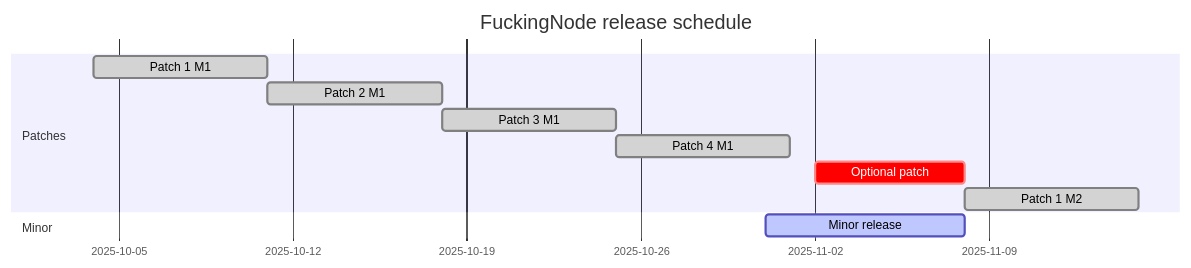
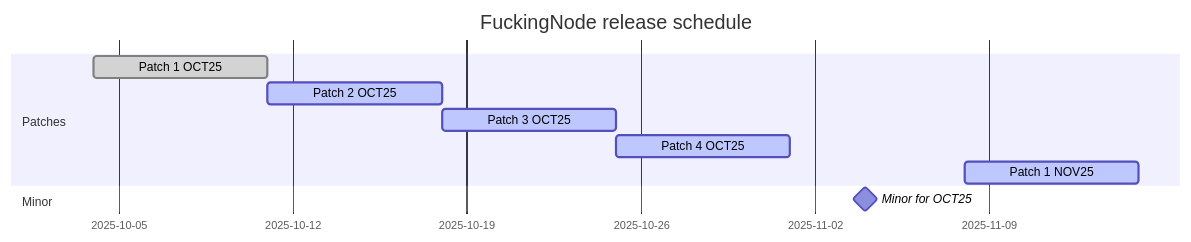
Before and after one commit to FuckingNode/FuckingNode: the diagram in RELEASE_SCHEDULE.md, drawn with Mermaid. The commit also changed other lines of this file and 3 other files, not shown here.

````diff
--- a/RELEASE_SCHEDULE.md
+++ b/RELEASE_SCHEDULE.md
@@ -30,14 +32,14 @@
 ```mermaid
 gantt
     title FuckingNode release schedule
     dateFormat  DD-MM-YYYY
     section Patches
-    Patch 1 M1 :done, 04-10-2025, 7d
-    Patch 2 M1 :done, 11-10-2025, 7d
-    Patch 3 M1 :done, 18-10-2025, 7d
-    Patch 4 M1 :done, 25-10-2025, 7d
-    Optional patch :crit, 02-11-2025, 6d
-    Patch 1 M2 :done, 08-11-2025, 7d
+    Patch 1 OCT25 :done, 04-10-2025, 7d
+    Patch 2 OCT25 :active, 11-10-2025, 7d
+    Patch 3 OCT25 :active, 18-10-2025, 7d
+    Patch 4 OCT25 :active, 25-10-2025, 7d
+    %% Extra patch :crit, 02-11-2025, 6d
+    Patch 1 NOV25 :active, 08-11-2025, 7d
     section Minor
-    Minor release :active, 31-10-2025, 8d
+    Minor for OCT25 :milestone, 31-10-2025, 8d
 ```
````
